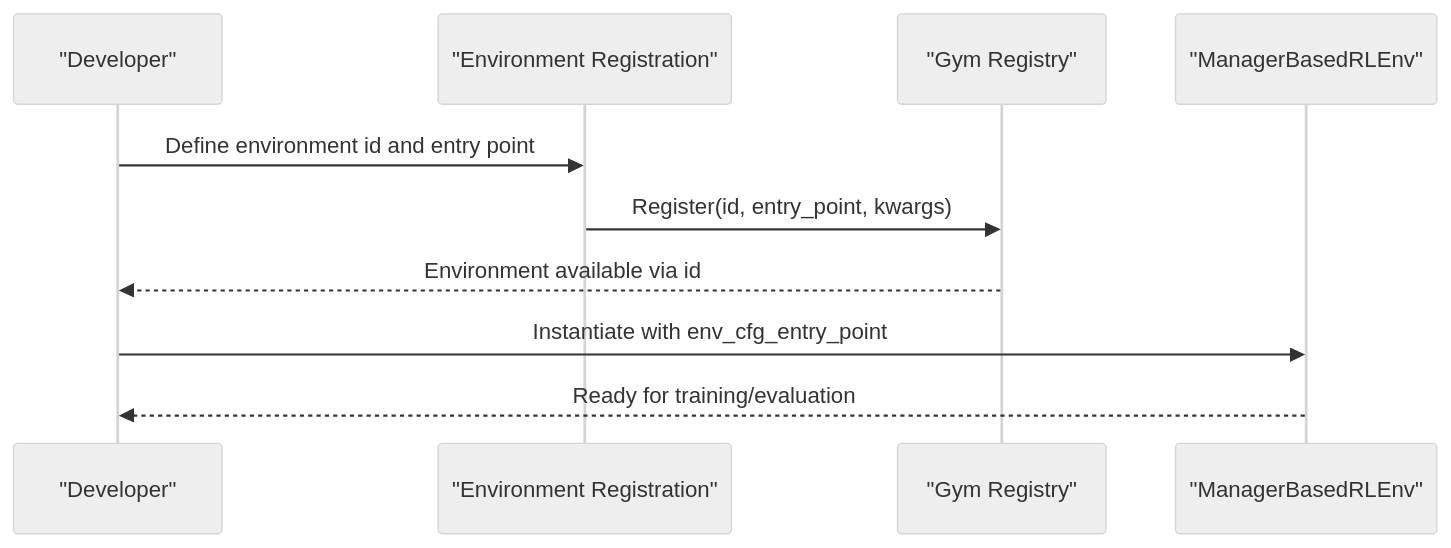
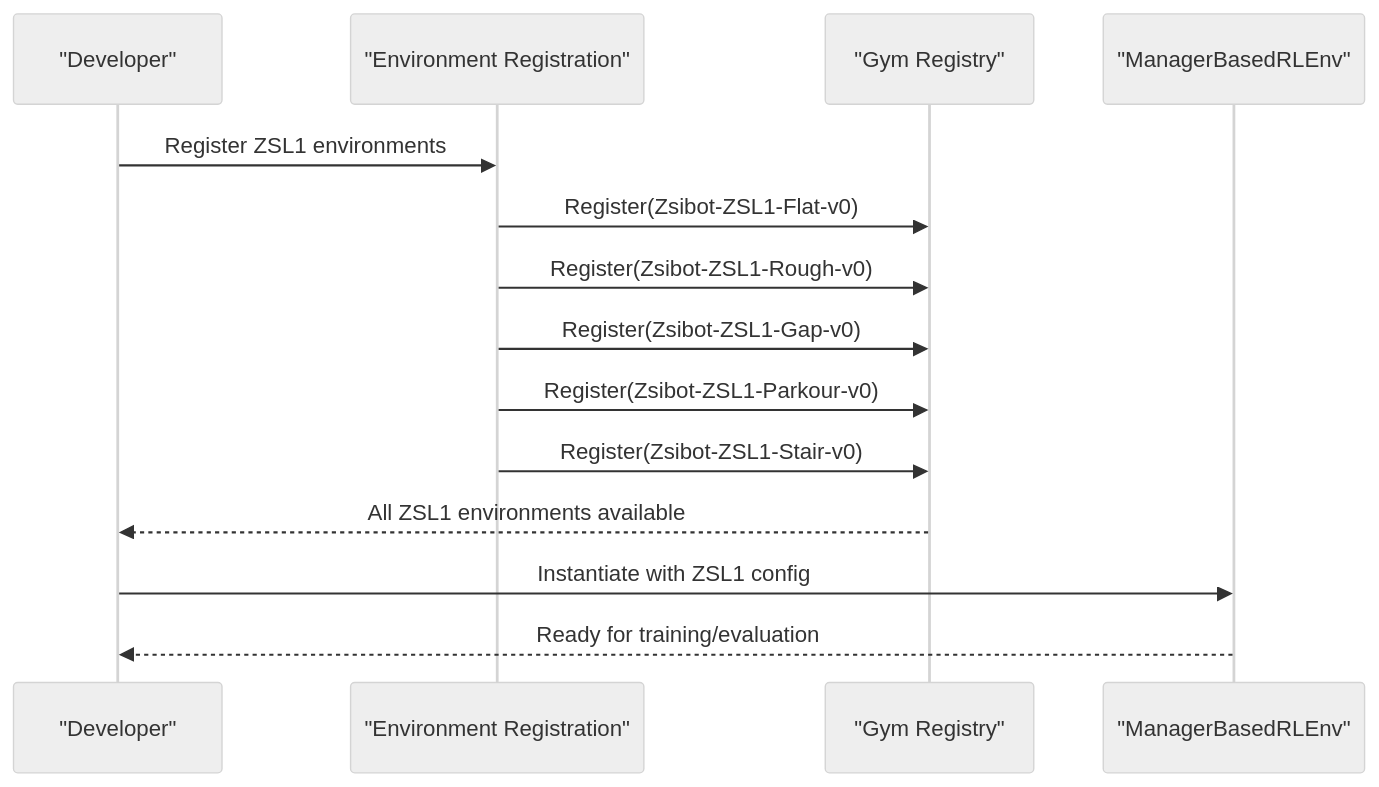
The third of 6 diagrams in .qoder/repowiki/en/content/Project Overview/Introduction and Purpose.md (jayjayhust/robot_lab), drawn with Mermaid (neutral theme) before and after one commit. The commit also changed other lines of this file and 8 other files, not shown here.

Commit message:
rectify parkour terrain config

````diff
--- a/.qoder/repowiki/en/content/Project Overview/Introduction and Purpose.md
+++ b/.qoder/repowiki/en/content/Project Overview/Introduction and Purpose.md
@@ -147,12 +174,16 @@
 ```mermaid
 sequenceDiagram
 participant Dev as "Developer"
 participant Reg as "Environment Registration"
 participant Gym as "Gym Registry"
 participant Env as "ManagerBasedRLEnv"
-Dev->>Reg : Define environment id and entry point
-Reg->>Gym : Register(id, entry_point, kwargs)
-Gym-->>Dev : Environment available via id
-Dev->>Env : Instantiate with env_cfg_entry_point
+Dev->>Reg : Register ZSL1 environments
+Reg->>Gym : Register(Zsibot-ZSL1-Flat-v0)
+Reg->>Gym : Register(Zsibot-ZSL1-Rough-v0)
+Reg->>Gym : Register(Zsibot-ZSL1-Gap-v0)
+Reg->>Gym : Register(Zsibot-ZSL1-Parkour-v0)
+Reg->>Gym : Register(Zsibot-ZSL1-Stair-v0)
+Gym-->>Dev : All ZSL1 environments available
+Dev->>Env : Instantiate with ZSL1 config
 Env-->>Dev : Ready for training/evaluation
 ```
````
